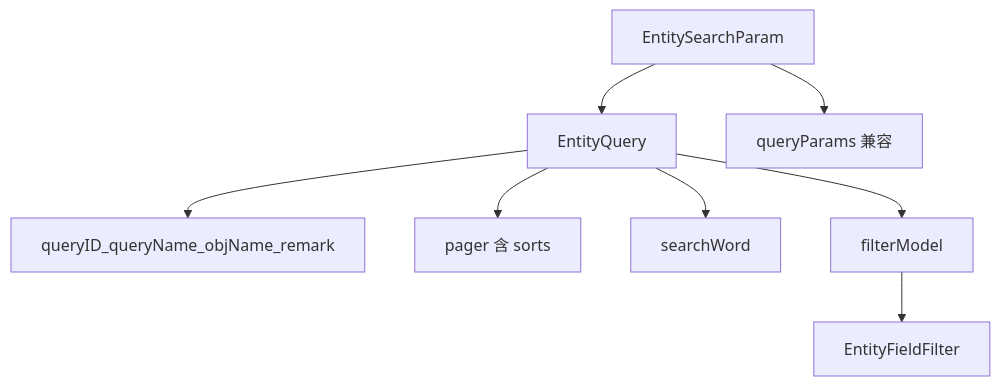
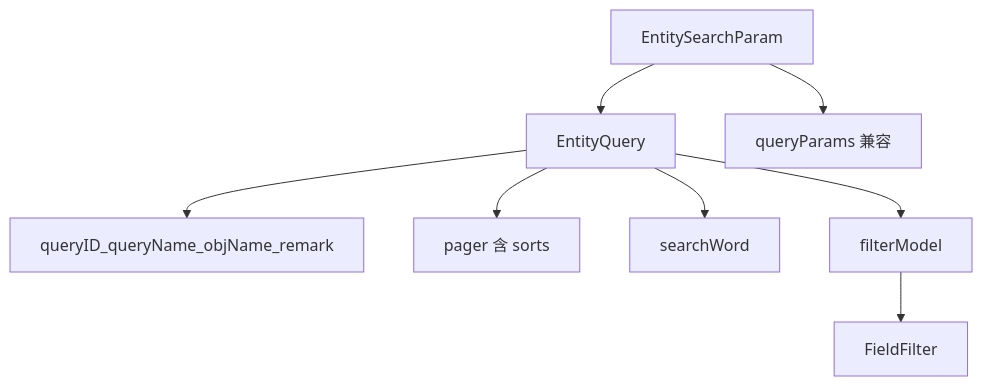
One commit to Roy7611/mmda-vue changed the diagram in packages/core/docs/models/entity_search.md. Above: the diagram before and after it, drawn with Mermaid. The commit also changed other lines of this file and 80 other files, not shown here.

````diff
--- a/packages/core/docs/models/entity_search.md
+++ b/packages/core/docs/models/entity_search.md
@@ -109,11 +109,11 @@
 ```mermaid
 flowchart TB
   search["EntitySearchParam"]
   search --> eq["EntityQuery"]
   search --> qp["queryParams 兼容"]
   eq --> meta["queryID_queryName_objName_remark"]
   eq --> pager["pager 含 sorts"]
   eq --> word["searchWord"]
   eq --> filt["filterModel"]
-  filt --> field["EntityFieldFilter"]
+  filt --> field["FieldFilter"]
 ```
````
